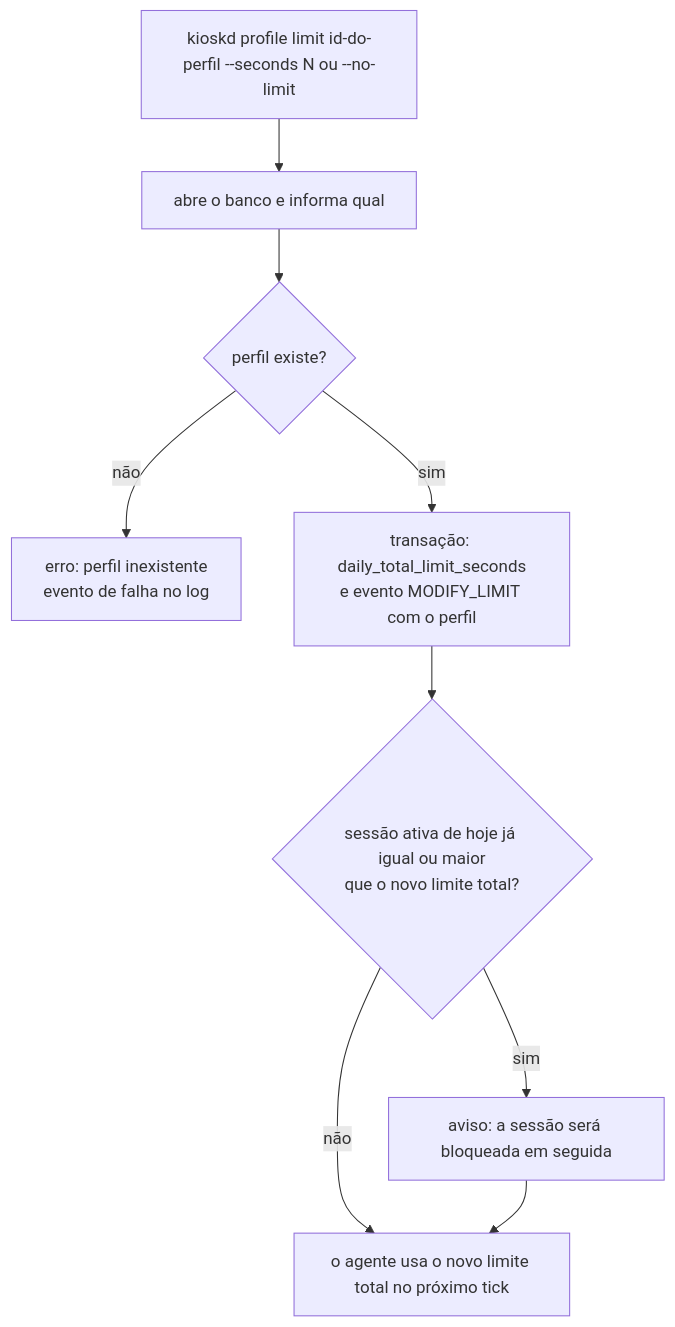
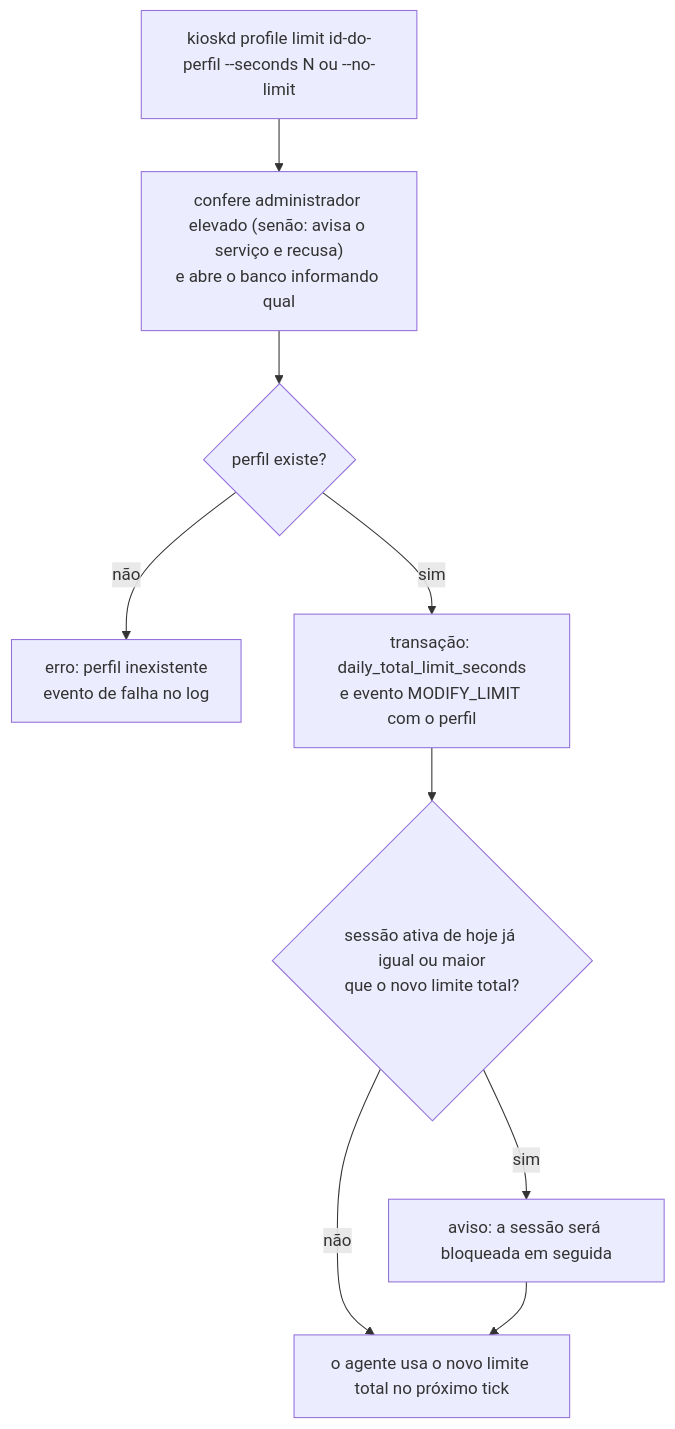
One commit to jefersonlop3s/kiosk-engine changed the ninth of 28 diagrams in docs/architecture/fluxos-dos-comandos.md. Above: the diagram before and after it, drawn with Mermaid. The commit also changed other lines of this file and 22 other files, not shown here.

````diff
--- a/docs/architecture/fluxos-dos-comandos.md
+++ b/docs/architecture/fluxos-dos-comandos.md
@@ -157,11 +159,11 @@
 ```mermaid
 flowchart TD
-    A["kioskd profile limit id-do-perfil --seconds N ou --no-limit"] --> B["abre o banco e informa qual"]
+    A["kioskd profile limit id-do-perfil --seconds N ou --no-limit"] --> B["confere administrador elevado (senão: avisa o serviço e recusa)<br/>e abre o banco informando qual"]
     B --> C{"perfil existe?"}
     C -->|não| E["erro: perfil inexistente<br/>evento de falha no log"]
     C -->|sim| D["transação: daily_total_limit_seconds<br/>e evento MODIFY_LIMIT com o perfil"]
     D --> W{"sessão ativa de hoje já igual ou maior<br/>que o novo limite total?"}
     W -->|sim| W1["aviso: a sessão será bloqueada em seguida"]
     W -->|não| F["o agente usa o novo limite total no próximo tick"]
     W1 --> F
 ```
````
